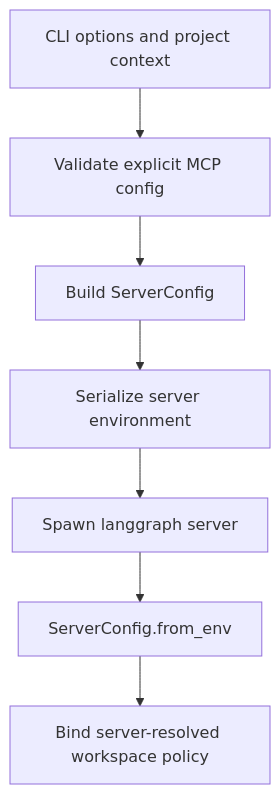
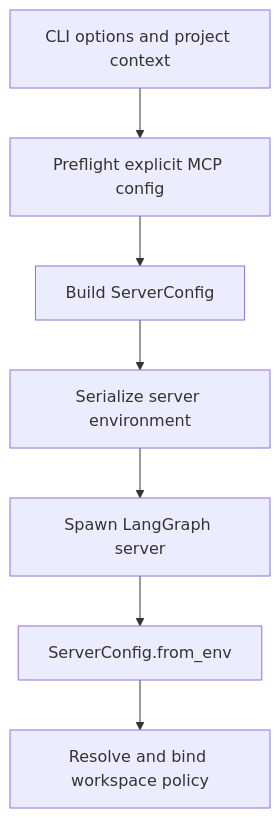
One commit to langchain-ai/deepagents changed the second of 2 diagrams in openwiki/concepts/config-layering.md. Above: the diagram before and after it, drawn with Mermaid. The commit also changed other lines of this file and 33 other files, not shown here.

````diff
--- a/openwiki/concepts/config-layering.md
+++ b/openwiki/concepts/config-layering.md
@@ -118,9 +112,9 @@
 ```mermaid
 flowchart TD
-    A["CLI options and project context"] --> B["Validate explicit MCP config"]
+    A["CLI options and project context"] --> B["Preflight explicit MCP config"]
     B --> C["Build ServerConfig"]
     C --> D["Serialize server environment"]
-    D --> E["Spawn langgraph server"]
+    D --> E["Spawn LangGraph server"]
     E --> F["ServerConfig.from_env"]
-    F --> G["Bind server-resolved workspace policy"]
+    F --> G["Resolve and bind workspace policy"]
 ```
````
